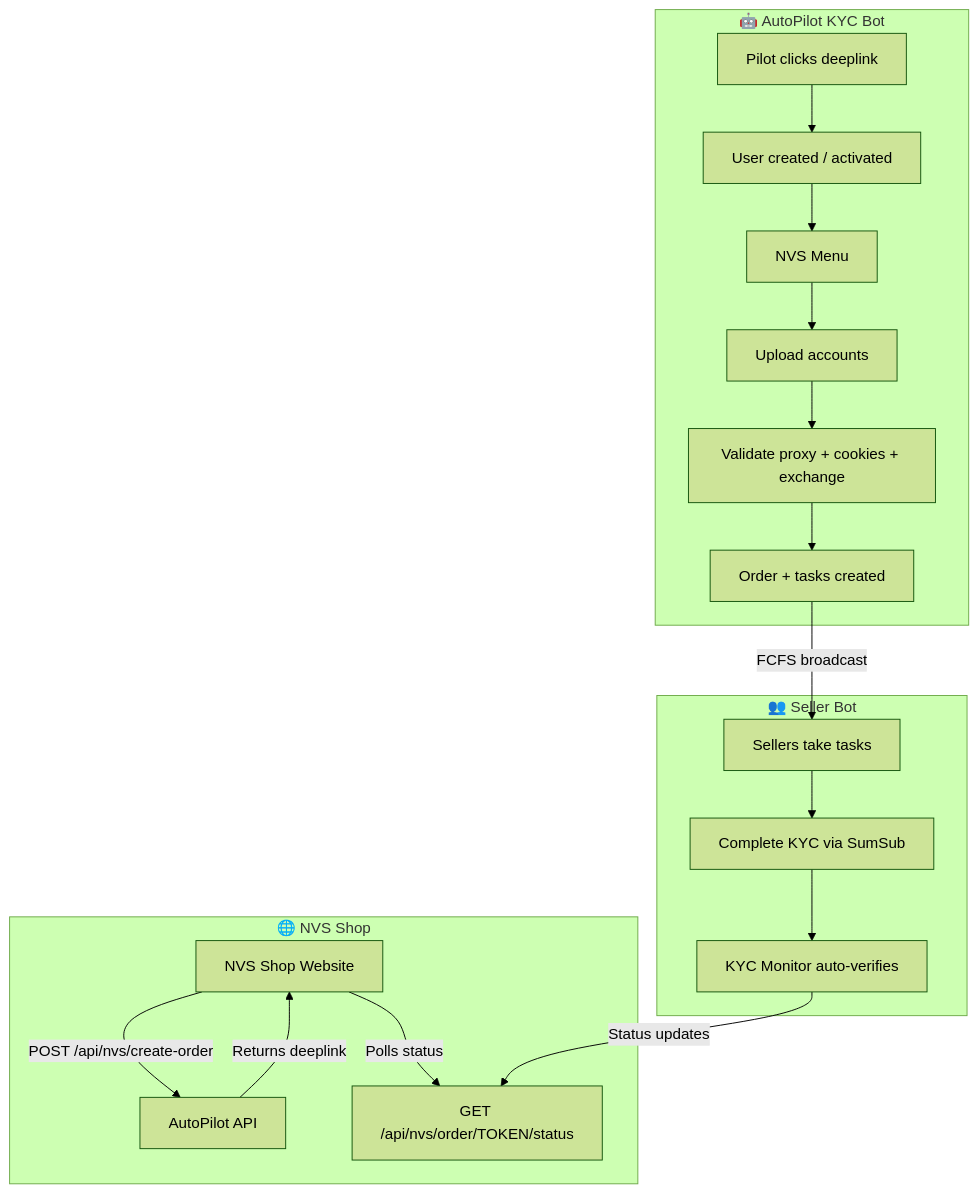
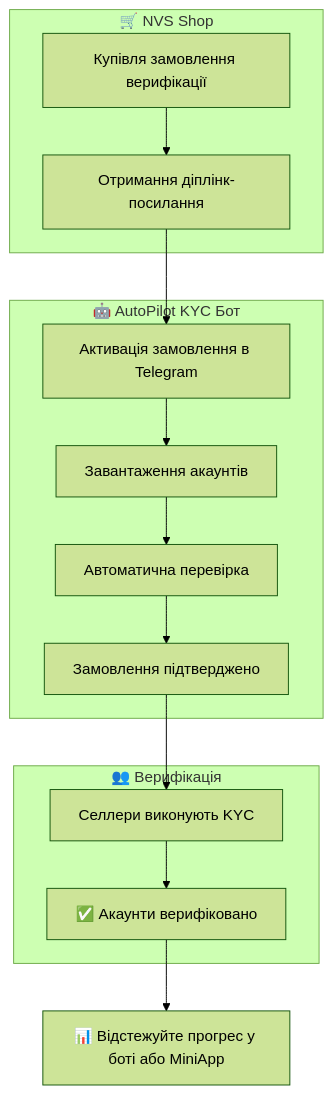
Before and after one commit to AutoPilotSoftware/docs: the first of 8 diagrams in src/content/docs/ua/pilot-faq.md, drawn with Mermaid (forest theme). The commit also changed other lines of this file and 2 other files, not shown here.

First line of the commit message:
Simplify and localize all pilot-faq diagrams across RU/EN/UA

````diff
--- a/src/content/docs/ua/pilot-faq.md
+++ b/src/content/docs/ua/pilot-faq.md
@@ -74,24 +74,20 @@
 ```mermaid
 flowchart TD
-    subgraph External["🌐 NVS Shop"]
-        NS[NVS Shop Website] -->|"POST /api/nvs/create-order"| API[AutoPilot API]
-        API -->|"Returns deeplink"| NS
-        NS -->|"Polls status"| POLL["GET /api/nvs/order/TOKEN/status"]
+    subgraph Shop["🛒 NVS Shop"]
+        NS["Купівля замовлення верифікації"] --> DL["Отримання діплінк-посилання"]
     end
 
-    subgraph Bot["🤖 AutoPilot KYC Bot"]
-        DL["Pilot clicks deeplink"] --> USR["User created / activated"]
-        USR --> MENU["NVS Menu"]
-        MENU --> UPLOAD["Upload accounts"]
-        UPLOAD --> VAL["Validate proxy + cookies + exchange"]
-        VAL --> ORD["Order + tasks created"]
+    subgraph Bot["🤖 AutoPilot KYC Бот"]
+        DL --> ACT["Активація замовлення в Telegram"]
+        ACT --> UPLOAD["Завантаження акаунтів"]
+        UPLOAD --> VAL["Автоматична перевірка"]
+        VAL --> ORD["Замовлення підтверджено"]
     end
 
-    subgraph Sellers["👥 Seller Bot"]
-        ORD -->|"FCFS broadcast"| SEL["Sellers take tasks"]
-        SEL --> WORK["Complete KYC via SumSub"]
-        WORK --> MON["KYC Monitor auto-verifies"]
+    subgraph Work["👥 Верифікація"]
+        ORD --> SEL["Селлери виконують KYC"]
+        SEL --> DONE["✅ Акаунти верифіковано"]
     end
 
-    MON -->|"Status updates"| POLL
+    DONE --> TRACK["📊 Відстежуйте прогрес у боті або MiniApp"]
 ```
````
